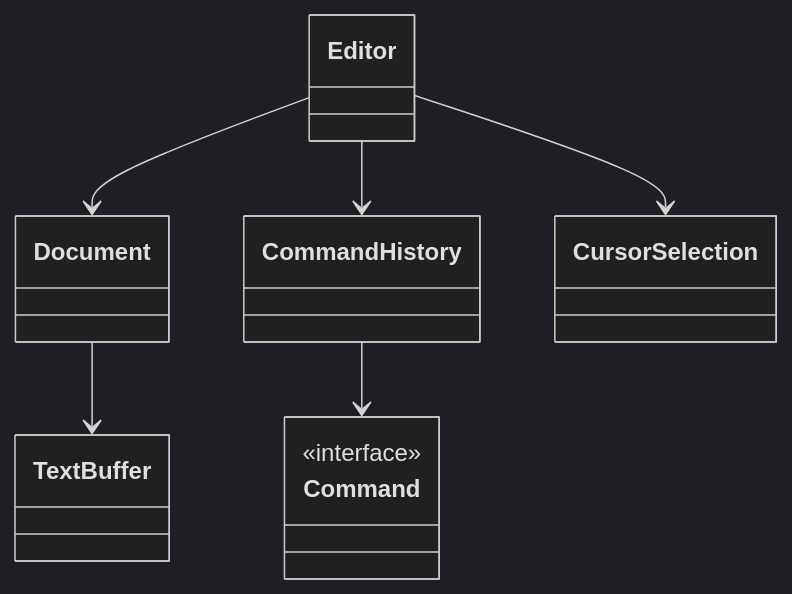
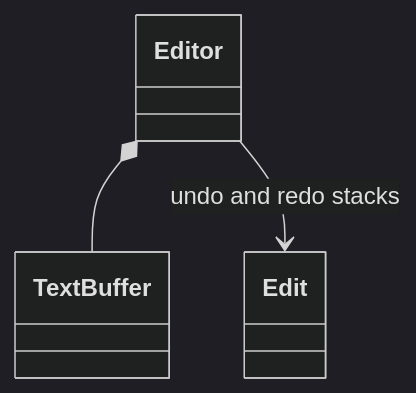
Before and after one commit to Anilinfo2015/anilinfo2015.github.io: the diagram in low-level-design/text-editor-undo-redo.md, drawn with Mermaid (dark theme). The commit also changed other lines of this file and 58 other files, not shown here.

````diff
--- a/low-level-design/text-editor-undo-redo.md
+++ b/low-level-design/text-editor-undo-redo.md
@@ -61,16 +25,8 @@
 ```mermaid
 classDiagram
     class Editor
-    class Document
     class TextBuffer
-    class Command {
-        <<interface>>
-    }
-    class CommandHistory
-    class CursorSelection
-    Editor --> Document
-    Editor --> CommandHistory
-    Document --> TextBuffer
-    Editor --> CursorSelection
-    CommandHistory --> Command
+    class Edit
+    Editor *-- TextBuffer
+    Editor --> Edit : undo and redo stacks
 ```
````
